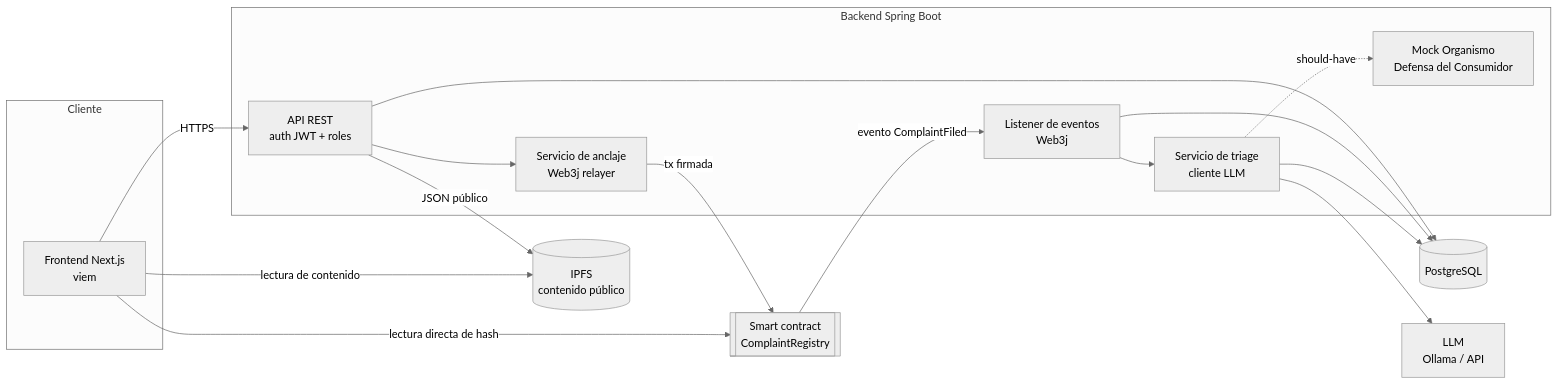
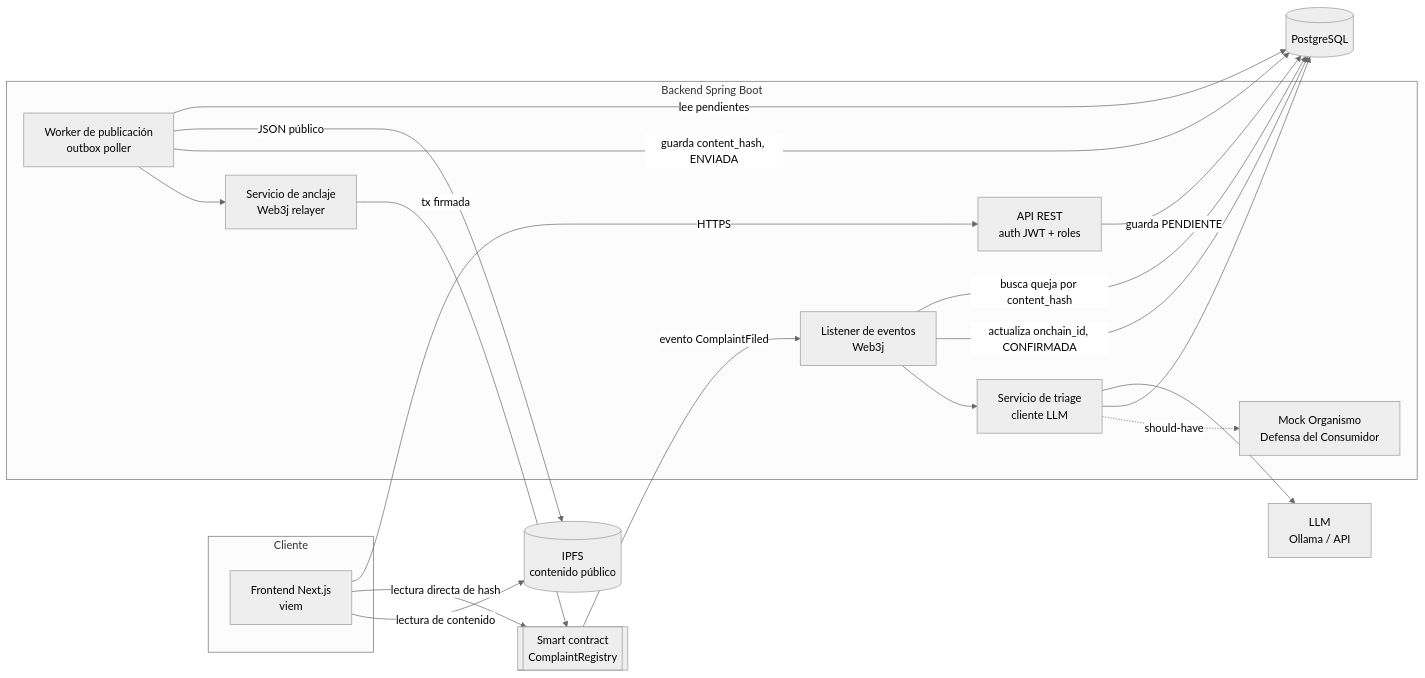
The first of 2 diagrams in readme.md (dalcorta/AI4Devs-finalproject), drawn with Mermaid (neutral theme) before and after one commit. The commit also changed other lines of this file and 1 other file, not shown here.

````diff
--- a/readme.md
+++ b/readme.md
@@ -112,33 +112,37 @@
 ```mermaid
 flowchart LR
     subgraph Cliente
         FE[Frontend Next.js<br/>viem]
     end
 
     subgraph Backend [Backend Spring Boot]
         API[API REST<br/>auth JWT + roles]
+        WRK[Worker de publicación<br/>outbox poller]
         ANC[Servicio de anclaje<br/>Web3j relayer]
         LST[Listener de eventos<br/>Web3j]
         TRI[Servicio de triage<br/>cliente LLM]
         MOCK[Mock Organismo<br/>Defensa del Consumidor]
     end
 
     DB[(PostgreSQL)]
     IPFS[(IPFS<br/>contenido público)]
     BC[[Smart contract<br/>ComplaintRegistry]]
     LLM[LLM<br/>Ollama / API]
 
     FE -->|HTTPS| API
-    API --> DB
-    API -->|JSON público| IPFS
-    API --> ANC
+    API -->|guarda PENDIENTE| DB
+    WRK -->|lee pendientes| DB
+    WRK -->|JSON público| IPFS
+    WRK -->|guarda content_hash, ENVIADA| DB
+    WRK --> ANC
     ANC -->|tx firmada| BC
     BC -->|evento ComplaintFiled| LST
-    LST --> DB
+    LST -->|busca queja por content_hash| DB
+    LST -->|actualiza onchain_id, CONFIRMADA| DB
     LST --> TRI
     TRI --> LLM
     TRI --> DB
     TRI -.->|should-have| MOCK
     FE -->|lectura directa de hash| BC
     FE -->|lectura de contenido| IPFS
 ```
````
